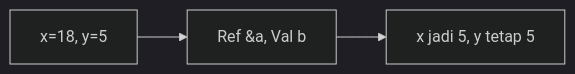
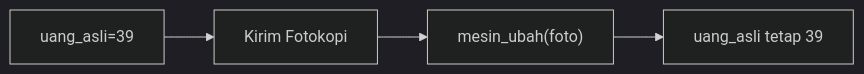
Before and after one commit to amnahwaida/OSNK_INF_PREP: the fourth of 25 diagrams in part-c-pemahaman-cpp/04-fungsi/latihan/set-03.md, drawn with Mermaid (dark theme). The commit also changed other lines of this file and 71 other files, not shown here.

````diff
--- a/part-c-pemahaman-cpp/04-fungsi/latihan/set-03.md
+++ b/part-c-pemahaman-cpp/04-fungsi/latihan/set-03.md
@@ -101,5 +105,6 @@
 ```mermaid
 graph LR
-A["x=18, y=5"] --> B["Ref &a, Val b"]
-B --> C["x jadi 5, y tetap 5"]
+A["uang_asli=39"] --> B["Kirim Fotokopi"]
+B --> C["mesin_ubah(foto)"]
+C --> D["uang_asli tetap 39"]
 ```
````
